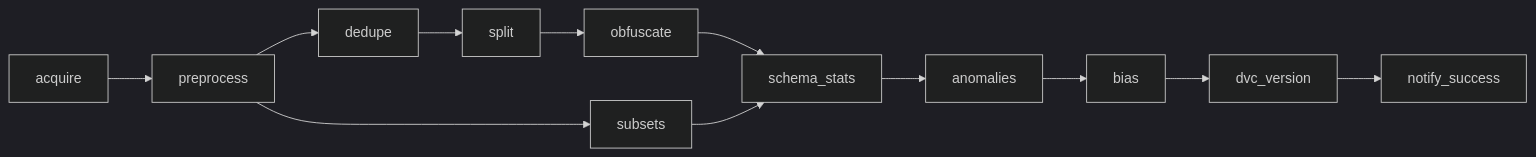
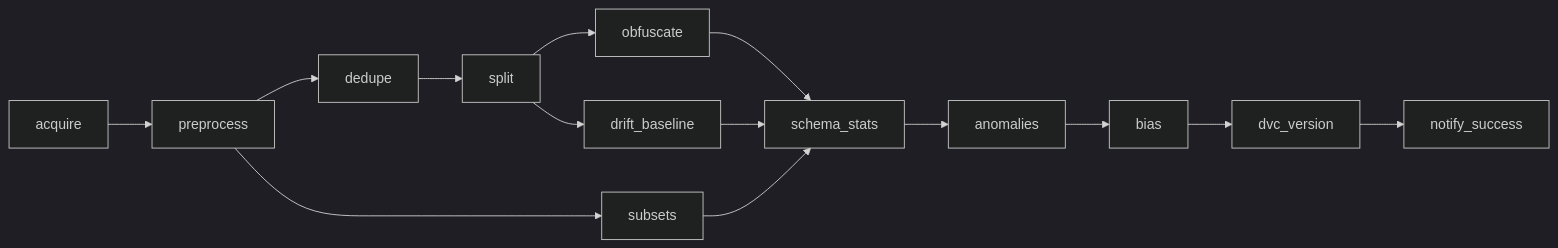
Before and after one commit to Nishaant-Soni/Distillate: the diagram in Data-Pipeline/README.md, drawn with Mermaid (dark theme). The commit also changed other lines of this file and 4 other files, not shown here.

````diff
--- a/Data-Pipeline/README.md
+++ b/Data-Pipeline/README.md
@@ -245,7 +248,8 @@
 ```mermaid
 flowchart LR
     acquire --> preprocess
     preprocess --> dedupe --> split --> obfuscate --> schema_stats
+    split --> drift_baseline --> schema_stats
     preprocess --> subsets --> schema_stats
     schema_stats --> anomalies --> bias --> dvc_version --> notify_success
 ```
````
